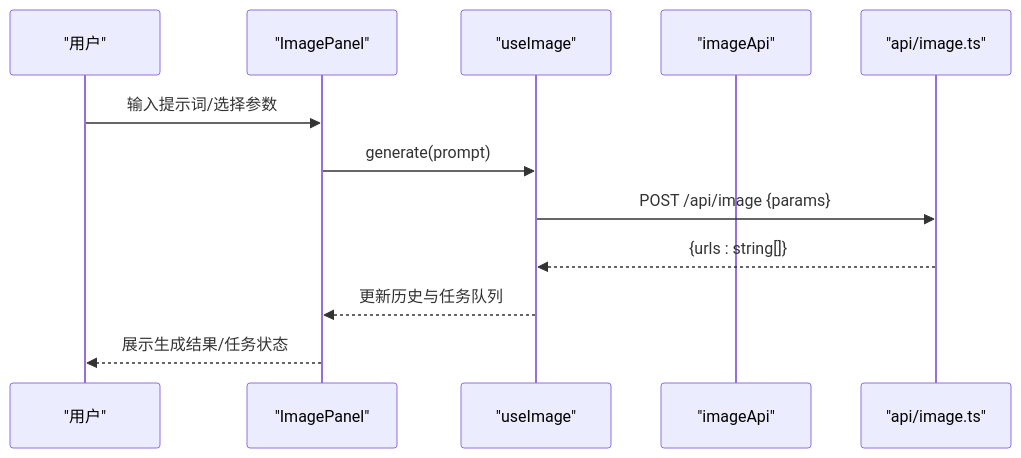
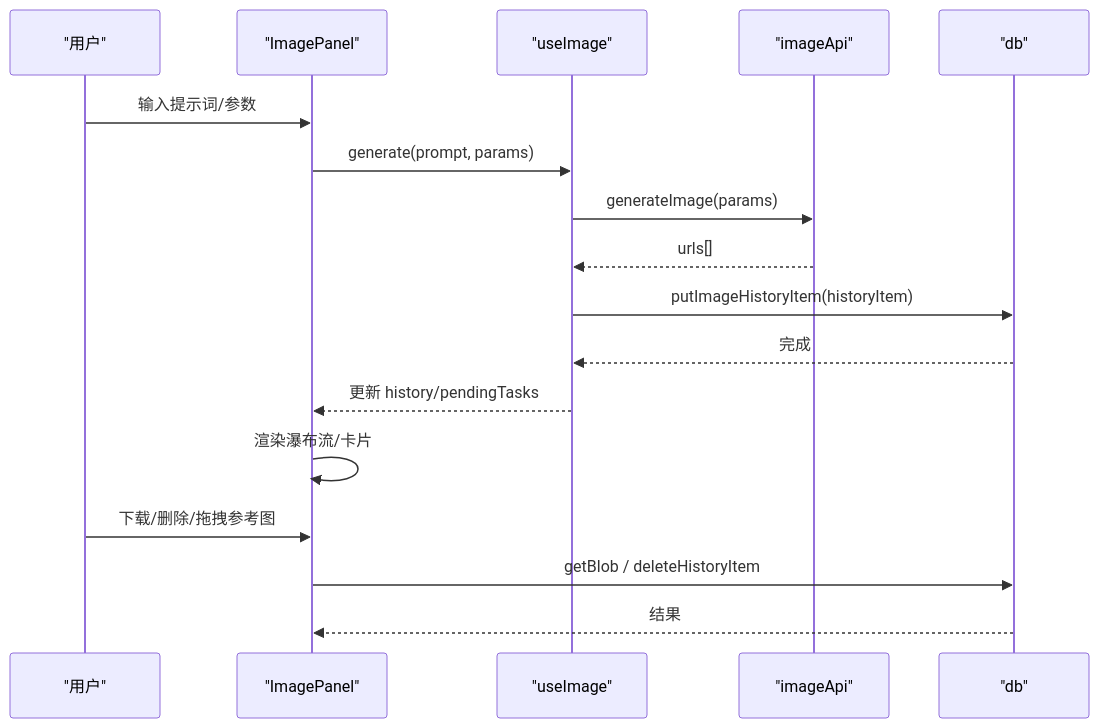
The second of 10 diagrams in .qoder/repowiki/zh/content/图像生成功能/图像面板组件.md (billye220670/AIShop), drawn with Mermaid before and after one commit. The commit also changed other lines of this file and 135 other files, not shown here.

````diff
--- a/.qoder/repowiki/zh/content/图像生成功能/图像面板组件.md
+++ b/.qoder/repowiki/zh/content/图像生成功能/图像面板组件.md
@@ -120,14 +121,19 @@
 ```mermaid
 sequenceDiagram
 participant U as "用户"
-participant P as "ImagePanel"
-participant H as "useImage"
-participant S as "imageApi"
-participant E as "api/image.ts"
-U->>P : 输入提示词/选择参数
-P->>H : generate(prompt)
-H->>E : POST /api/image {params}
-E-->>H : {urls : string[]}
-H-->>P : 更新历史与任务队列
-P-->>U : 展示生成结果/任务状态
+participant IP as "ImagePanel"
+participant UI as "useImage"
+participant API as "imageApi"
+participant DB as "db"
+U->>IP : 输入提示词/参数
+IP->>UI : generate(prompt, params)
+UI->>API : generateImage(params)
+API-->>UI : urls[]
+UI->>DB : putImageHistoryItem(historyItem)
+DB-->>UI : 完成
+UI-->>IP : 更新 history/pendingTasks
+IP->>IP : 渲染瀑布流/卡片
+U->>IP : 下载/删除/拖拽参考图
+IP->>DB : getBlob / deleteHistoryItem
+DB-->>IP : 结果
 ```
````
